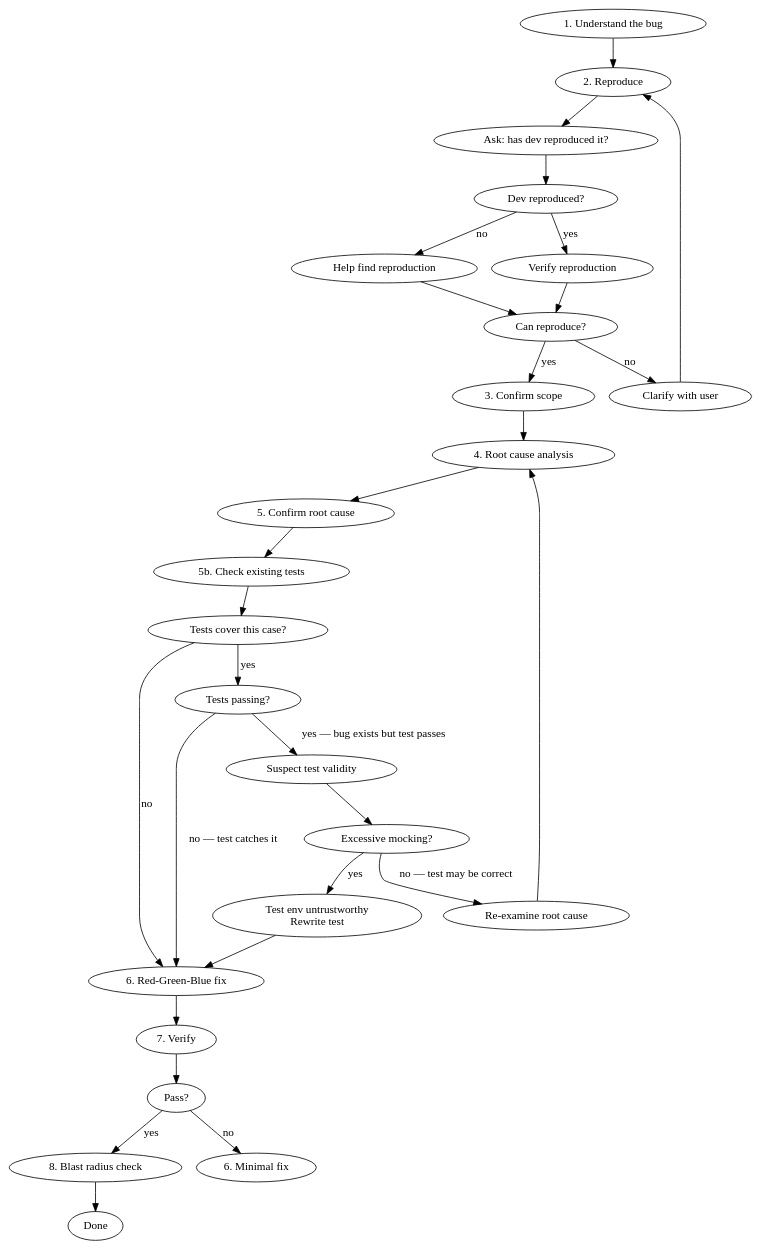
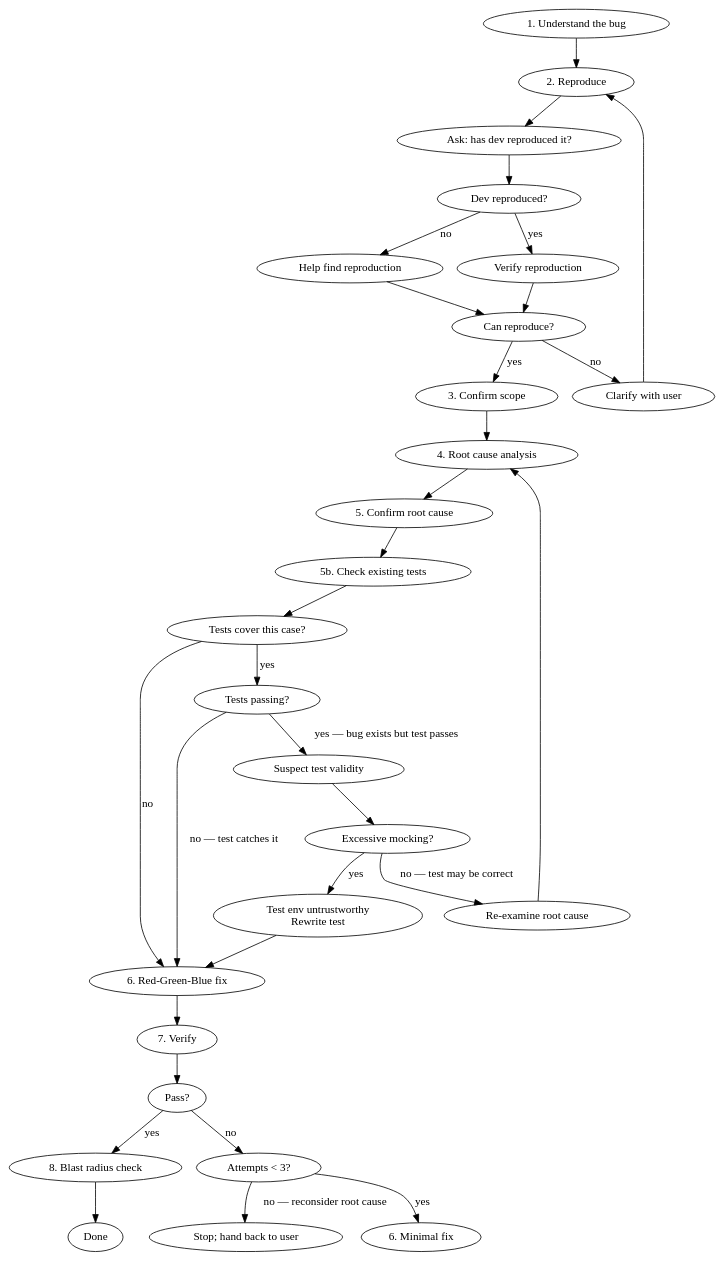
Before and after one commit to entorenee/dotfiles: the diagram in nix/module/claude/config/skills/investigate/SKILL.md, drawn with Graphviz. The commit also changed other lines of this file, not shown here.

````diff
--- a/nix/module/claude/config/skills/investigate/SKILL.md
+++ b/nix/module/claude/config/skills/investigate/SKILL.md
@@ -25,33 +25,35 @@
 ```dot
 digraph debug {
   rankdir=TB;
   "1. Understand the bug" -> "2. Reproduce";
   "2. Reproduce" -> "Ask: has dev reproduced it?";
   "Ask: has dev reproduced it?" -> "Dev reproduced?" [shape=diamond];
   "Dev reproduced?" -> "Verify reproduction" [label="yes"];
   "Dev reproduced?" -> "Help find reproduction" [label="no"];
   "Help find reproduction" -> "Can reproduce?" [shape=diamond];
   "Verify reproduction" -> "Can reproduce?" [shape=diamond];
   "Can reproduce?" -> "3. Confirm scope" [label="yes"];
   "Can reproduce?" -> "Clarify with user" [label="no"];
   "Clarify with user" -> "2. Reproduce";
   "3. Confirm scope" -> "4. Root cause analysis";
   "4. Root cause analysis" -> "5. Confirm root cause";
   "5. Confirm root cause" -> "5b. Check existing tests";
   "5b. Check existing tests" -> "Tests cover this case?" [shape=diamond];
   "Tests cover this case?" -> "Tests passing?" [label="yes", shape=diamond];
   "Tests cover this case?" -> "6. Red-Green-Blue fix" [label="no"];
   "Tests passing?" -> "Suspect test validity" [label="yes — bug exists but test passes"];
   "Tests passing?" -> "6. Red-Green-Blue fix" [label="no — test catches it"];
   "Suspect test validity" -> "Excessive mocking?" [shape=diamond];
   "Excessive mocking?" -> "Test env untrustworthy\nRewrite test" [label="yes"];
   "Excessive mocking?" -> "Re-examine root cause" [label="no — test may be correct"];
   "Re-examine root cause" -> "4. Root cause analysis";
   "Test env untrustworthy\nRewrite test" -> "6. Red-Green-Blue fix";
   "6. Red-Green-Blue fix" -> "7. Verify";
   "7. Verify" -> "Pass?" [shape=diamond];
   "Pass?" -> "8. Blast radius check" [label="yes"];
-  "Pass?" -> "6. Minimal fix" [label="no"];
+  "Pass?" -> "Attempts < 3?" [label="no", shape=diamond];
+  "Attempts < 3?" -> "6. Minimal fix" [label="yes"];
+  "Attempts < 3?" -> "Stop; hand back to user" [label="no — reconsider root cause"];
   "8. Blast radius check" -> "Done";
 }
 ```
````
